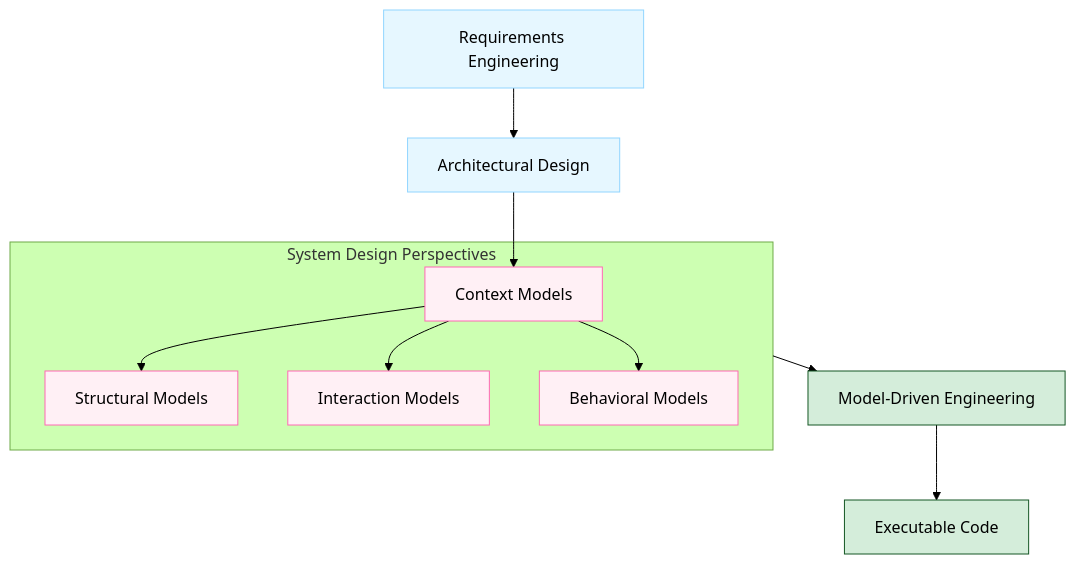
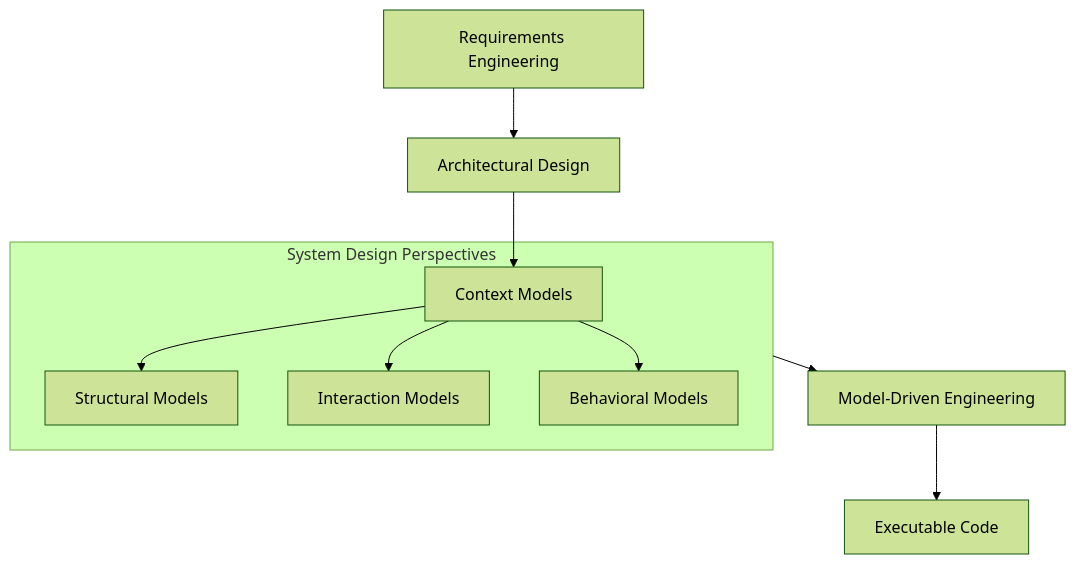
Before and after one commit to sujith-eag/sujith-library: the diagram in docs/mca/se/u21/u1.md, drawn with Mermaid (forest theme). The commit also changed 41 other files, not shown here.

First line of the commit message:
Refactor diagrams and remove redundant styles in documentation

````diff
--- a/docs/mca/se/u21/u1.md
+++ b/docs/mca/se/u21/u1.md
@@ -69,22 +69,14 @@
 ```mermaid
 flowchart TD
     Req[Requirements Engineering] --> Arch[Architectural Design]
     Arch --> Context[Context Models]
     
     subgraph System_Design [System Design Perspectives]
         Context --> Structural[Structural Models]
         Context --> Interaction[Interaction Models]
         Context --> Behavioral[Behavioral Models]
     end
 
     System_Design --> MDE[Model-Driven Engineering]
     MDE --> Code[Executable Code]
-
-    classDef process fill:#e6f7ff,stroke:#91d5ff
-    classDef highlight fill:#fff0f5,stroke:#ff69b4
-    classDef success fill:#d4edda,stroke:#155724
-
-    class Req,Arch process
-    class Context,Structural,Interaction,Behavioral highlight
-    class MDE,Code success
 ```
````
